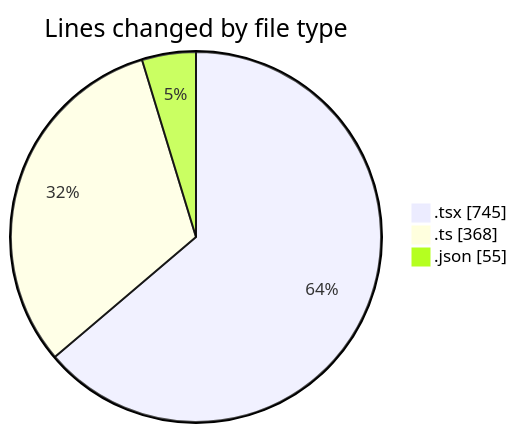
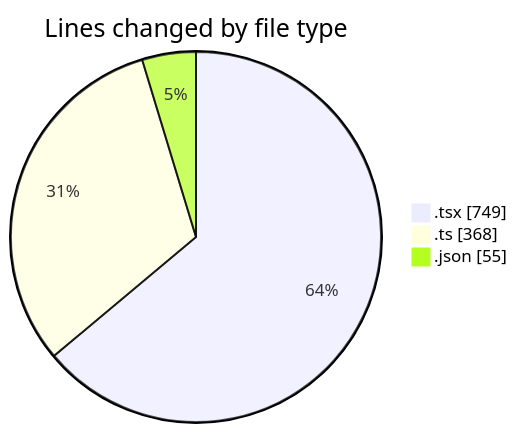
The first of 2 diagrams in 2025-10-21/eventscop-frontend-guide__workspace_/README.md (julien-gomy/code-tracking), drawn with Mermaid before and after one commit. The commit also changed other lines of this file and 1 other file, not shown here.

````diff
--- a/2025-10-21/eventscop-frontend-guide__workspace_/README.md
+++ b/2025-10-21/eventscop-frontend-guide__workspace_/README.md
@@ -35,7 +35,7 @@
 ```mermaid
 pie showData
 title Lines changed by file type
-".tsx" : 745
+".tsx" : 749
 ".ts" : 368
 ".json" : 55
 ```
````
